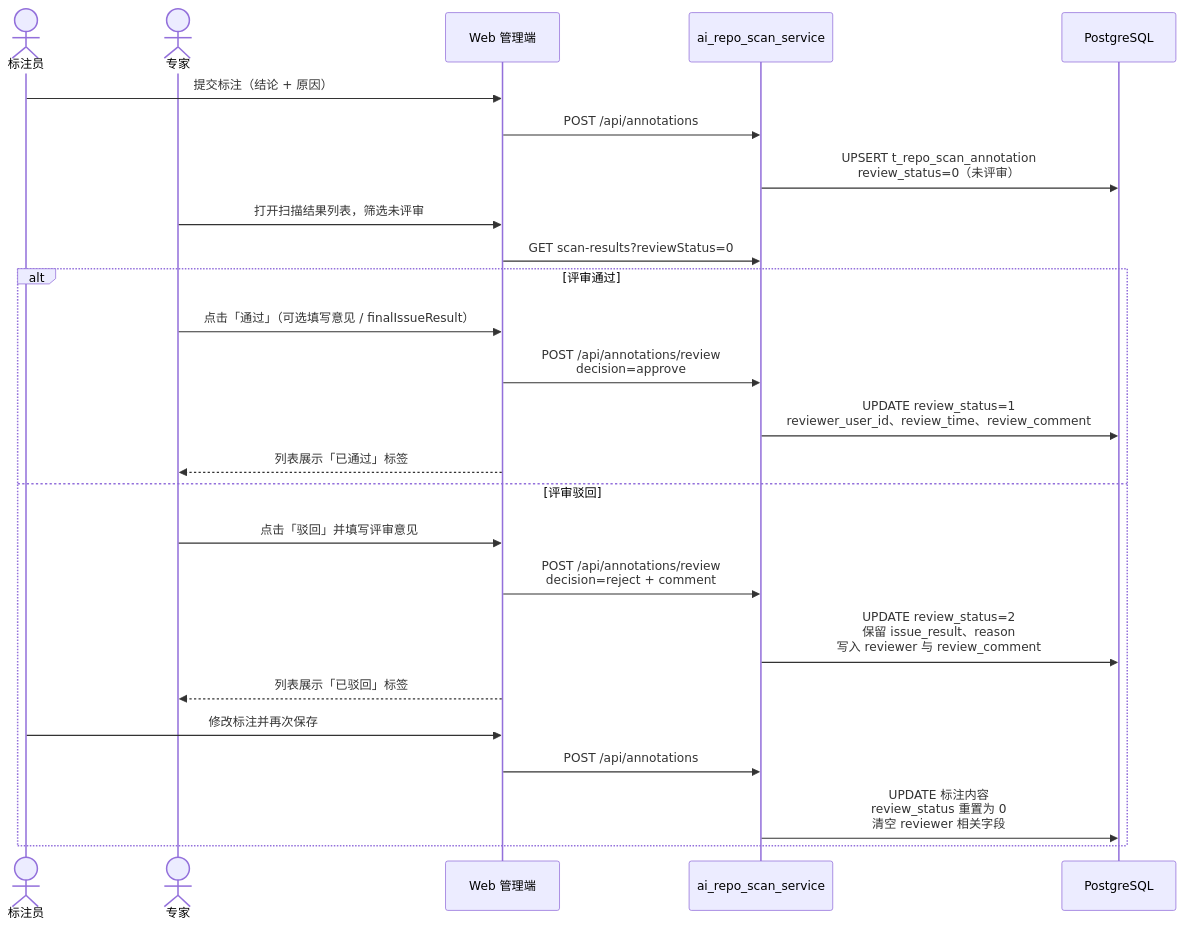
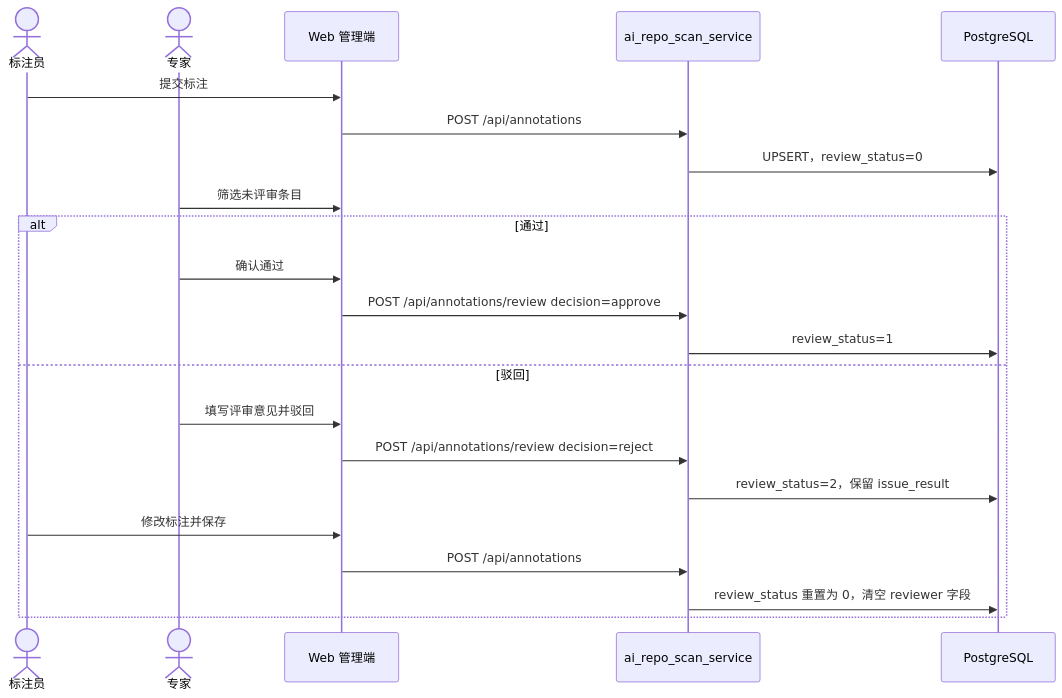
Before and after one commit to BeaconLin/aiRepoScan-hw: the sixth of 10 diagrams in 设计文档.md, drawn with Mermaid. The commit also changed other lines of this file, not shown here.

````diff
--- a/设计文档.md
+++ b/设计文档.md
@@ -239,28 +322,25 @@
 ```mermaid
 sequenceDiagram
     actor Annotator as 标注员
     actor Expert as 专家
     participant Web as Web 管理端
     participant API as ai_repo_scan_service
     participant PG as PostgreSQL
 
-    Annotator->>Web: 提交标注（结论 + 原因）
+    Annotator->>Web: 提交标注
     Web->>API: POST /api/annotations
-    API->>PG: UPSERT t_repo_scan_annotation<br/>review_status=0（未评审）
-    Expert->>Web: 打开扫描结果列表，筛选未评审
-    Web->>API: GET scan-results?reviewStatus=0
-    alt 评审通过
-        Expert->>Web: 点击「通过」（可选填写意见 / finalIssueResult）
-        Web->>API: POST /api/annotations/review<br/>decision=approve
-        API->>PG: UPDATE review_status=1<br/>reviewer_user_id、review_time、review_comment
-        Web-->>Expert: 列表展示「已通过」标签
-    else 评审驳回
-        Expert->>Web: 点击「驳回」并填写评审意见
-        Web->>API: POST /api/annotations/review<br/>decision=reject + comment
-        API->>PG: UPDATE review_status=2<br/>保留 issue_result、reason<br/>写入 reviewer 与 review_comment
-        Web-->>Expert: 列表展示「已驳回」标签
-        Annotator->>Web: 修改标注并再次保存
+    API->>PG: UPSERT，review_status=0
+    Expert->>Web: 筛选未评审条目
+    alt 通过
+        Expert->>Web: 确认通过
+        Web->>API: POST /api/annotations/review decision=approve
+        API->>PG: review_status=1
+    else 驳回
+        Expert->>Web: 填写评审意见并驳回
+        Web->>API: POST /api/annotations/review decision=reject
+        API->>PG: review_status=2，保留 issue_result
+        Annotator->>Web: 修改标注并保存
         Web->>API: POST /api/annotations
-        API->>PG: UPDATE 标注内容<br/>review_status 重置为 0<br/>清空 reviewer 相关字段
+        API->>PG: review_status 重置为 0，清空 reviewer 字段
     end
 ```
````
